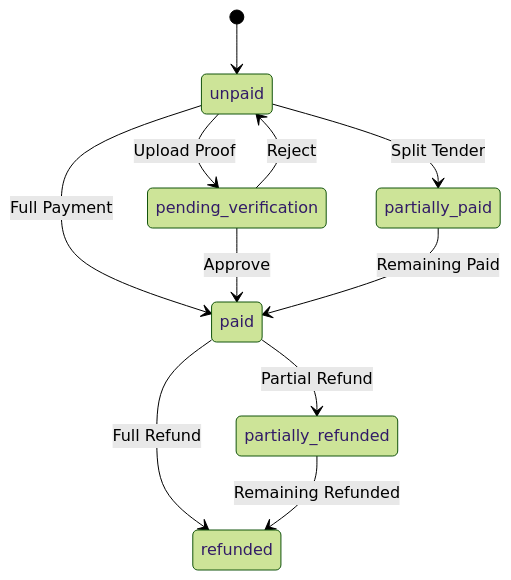
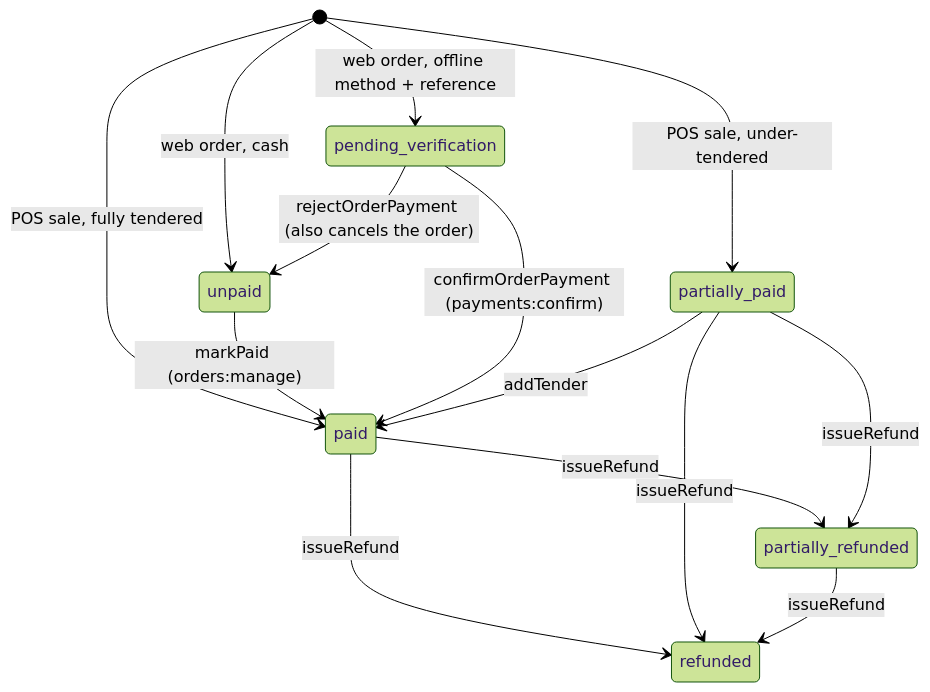
The second of 8 diagrams in docs/flows/state-machines.md (Ai-NativeLab/ServeOs), drawn with Mermaid (forest theme) before and after one commit. The commit also changed other lines of this file and 1 other file, not shown here.

First line of the commit message:
docs(flows): rewrite sequence diagrams and state machines from the code

````diff
--- a/docs/flows/state-machines.md
+++ b/docs/flows/state-machines.md
@@ -56,17 +54,16 @@
 ```mermaid
 stateDiagram-v2
-    [*] --> unpaid
-    unpaid --> pending_verification: Upload Proof
-    unpaid --> partially_paid: Split Tender
-    unpaid --> paid: Full Payment
-    
-    pending_verification --> paid: Approve
-    pending_verification --> unpaid: Reject
-    
-    partially_paid --> paid: Remaining Paid
-    
-    paid --> partially_refunded: Partial Refund
-    paid --> refunded: Full Refund
-    
-    partially_refunded --> refunded: Remaining Refunded
+    [*] --> unpaid: web order, cash
+    [*] --> pending_verification: web order, offline method + reference
+    [*] --> paid: POS sale, fully tendered
+    [*] --> partially_paid: POS sale, under-tendered
+    unpaid --> paid: markPaid (orders:manage)
+    pending_verification --> paid: confirmOrderPayment (payments:confirm)
+    pending_verification --> unpaid: rejectOrderPayment (also cancels the order)
+    partially_paid --> paid: addTender
+    paid --> partially_refunded: issueRefund
+    paid --> refunded: issueRefund
+    partially_paid --> partially_refunded: issueRefund
+    partially_paid --> refunded: issueRefund
+    partially_refunded --> refunded: issueRefund
 ```
````
